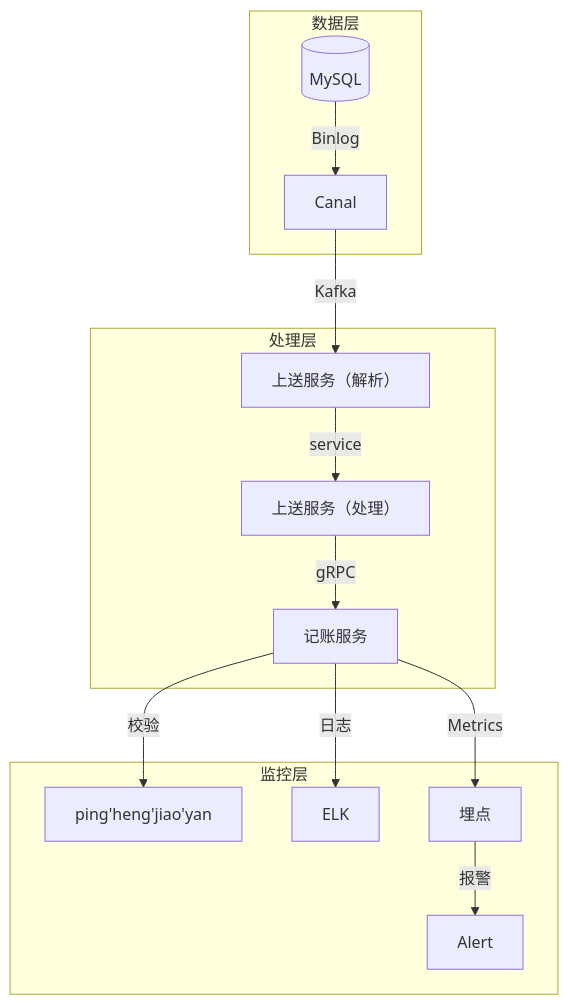
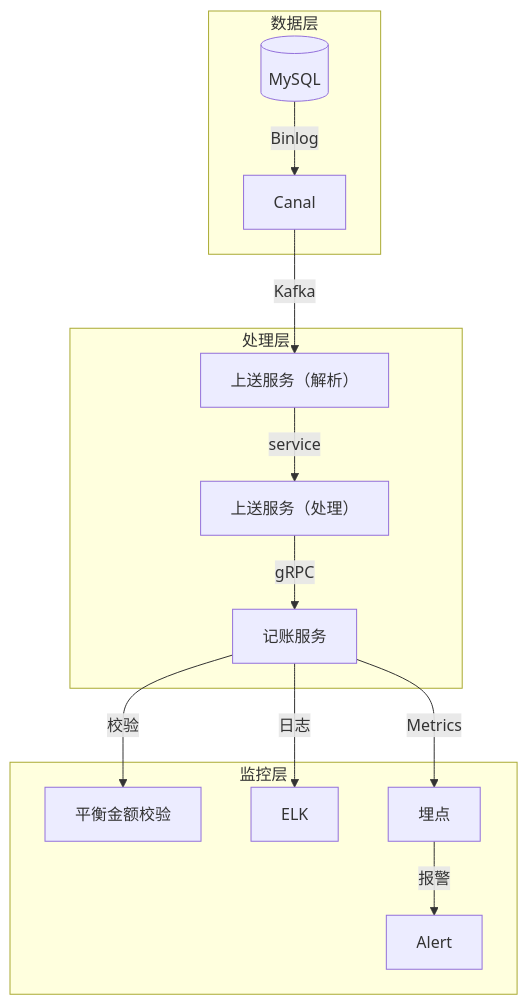
Before and after one commit to 87828943/iodraw-files: the diagram in all/未命名.md, drawn with Mermaid.

Commit message:
2025-07-01 10:45:52 update

````diff
--- a/all/未命名.md
+++ b/all/未命名.md
@@ -1,17 +1,17 @@
 ```mermaid
 graph TB
     subgraph 数据层
         DB[(MySQL)] -->|Binlog| Canal
     end
     subgraph 处理层
         Canal -->|Kafka| Parser[上送服务（解析）]
         Parser -->|service| Engine[上送服务（处理）]
         Engine -->|gRPC| Accounting[记账服务]
     end
     subgraph 监控层
-        Accounting --> |校验|jiaoyan[ping'heng'jiao'yan]
+        Accounting --> |校验|jiaoyan[平衡金额校验]
         Accounting -->|日志| ELK
         Accounting -->|Metrics| 埋点
         埋点 -->|报警| Alert
     end
 ```
````
